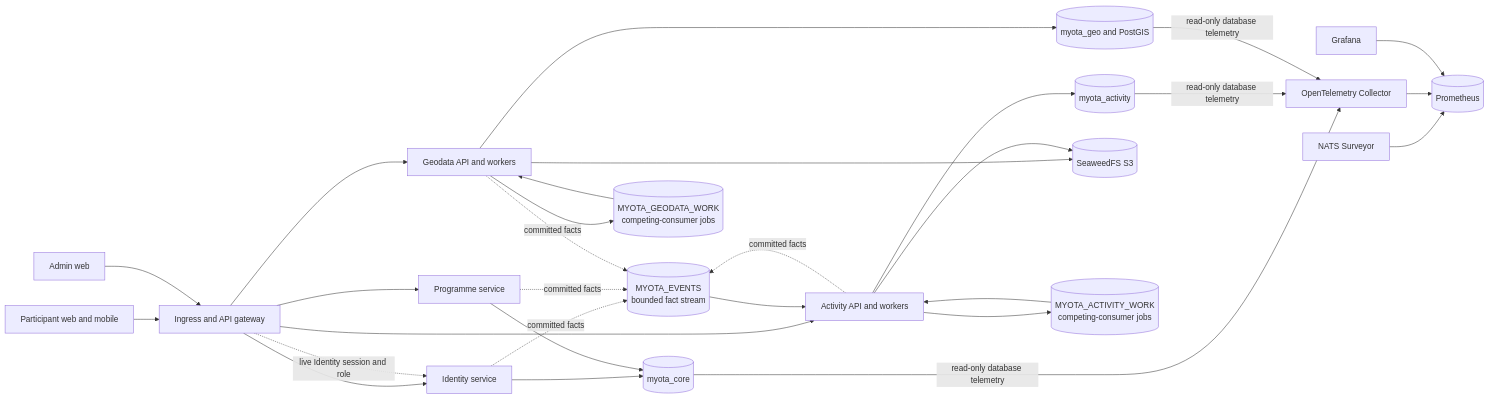
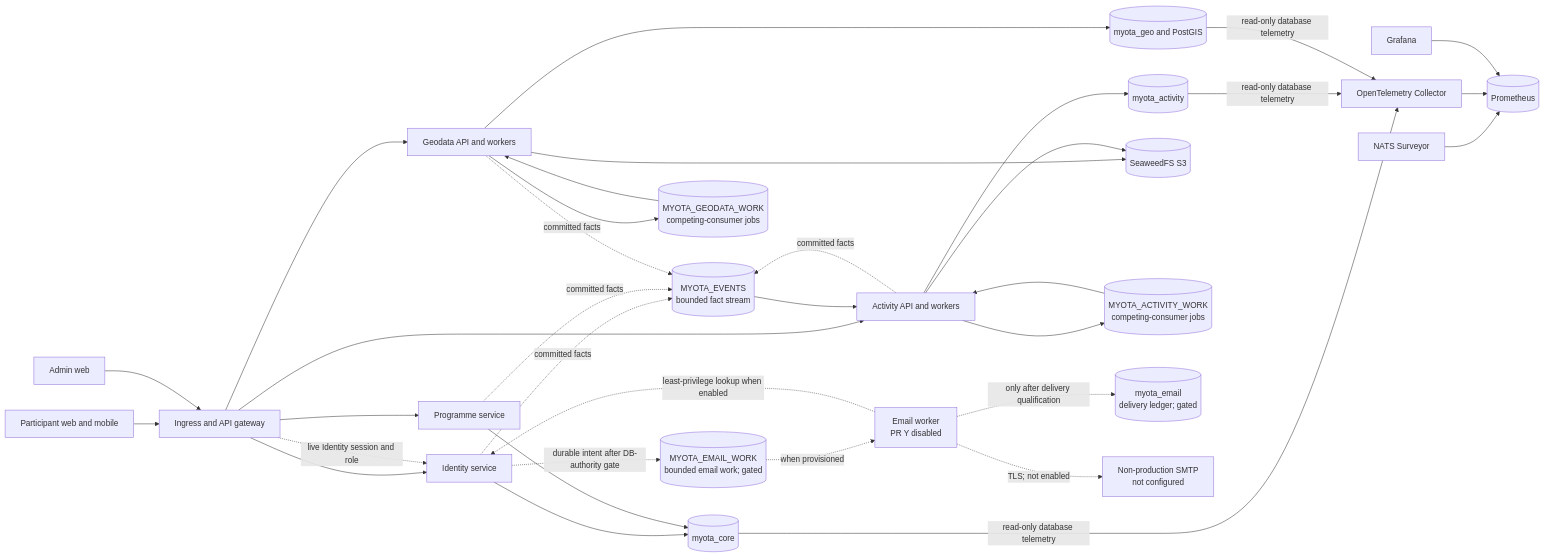
The diagram in docs/architecture/diagrams/service-boundaries.md (myota-platform/myota-docs), drawn with Mermaid before and after one commit. The commit also changed other lines of this file and 10 other files, not shown here.

````diff
--- a/docs/architecture/diagrams/service-boundaries.md
+++ b/docs/architecture/diagrams/service-boundaries.md
@@ -15,53 +16,62 @@
 ```mermaid
 flowchart LR
   Participant[Participant web and mobile]
   Admin[Admin web]
   Gateway[Ingress and API gateway]
   Identity[Identity service]
   Programme[Programme service]
   Activity[Activity API and workers]
   Geodata[Geodata API and workers]
+  Email[Email worker<br/>PR #89; disabled]
   Core[(myota_core)]
   ActivityDB[(myota_activity)]
   GeoDB[(myota_geo and PostGIS)]
   Objects[(SeaweedFS S3)]
   Events[(MYOTA_EVENTS<br/>bounded fact stream)]
   ActivityWork[(MYOTA_ACTIVITY_WORK<br/>competing-consumer jobs)]
   GeoWork[(MYOTA_GEODATA_WORK<br/>competing-consumer jobs)]
+  EmailWork[(MYOTA_EMAIL_WORK<br/>bounded email work; gated)]
+  EmailDB[(myota_email<br/>delivery ledger; gated)]
+  SMTP[Non-production SMTP<br/>not configured]
   Surveyor[NATS Surveyor]
   Prometheus[(Prometheus)]
   Collector[OpenTelemetry Collector]
   Grafana[Grafana]
 
   Participant --> Gateway
   Admin --> Gateway
   Gateway --> Identity
   Gateway --> Programme
   Gateway --> Activity
   Gateway --> Geodata
 
   Identity --> Core
   Programme --> Core
   Activity --> ActivityDB
   Geodata --> GeoDB
   Geodata --> Objects
   Activity --> Objects
 
   Identity -. committed facts .-> Events
   Programme -. committed facts .-> Events
   Activity -. committed facts .-> Events
   Geodata -. committed facts .-> Events
   Activity --> ActivityWork
   Geodata --> GeoWork
   ActivityWork --> Activity
   GeoWork --> Geodata
+  Identity -. durable intent after DB-authority gate .-> EmailWork
+  EmailWork -. when provisioned .-> Email
+  Email -. least-privilege lookup when enabled .-> Identity
+  Email -. only after delivery qualification .-> EmailDB
+  Email -. TLS; not enabled .-> SMTP
   Events --> Activity
 
   Surveyor --> Prometheus
   Core -->|read-only database telemetry| Collector
   ActivityDB -->|read-only database telemetry| Collector
   GeoDB -->|read-only database telemetry| Collector
   Gateway -. live Identity session and role .-> Identity
   Collector --> Prometheus
   Grafana --> Prometheus
 ```
````
